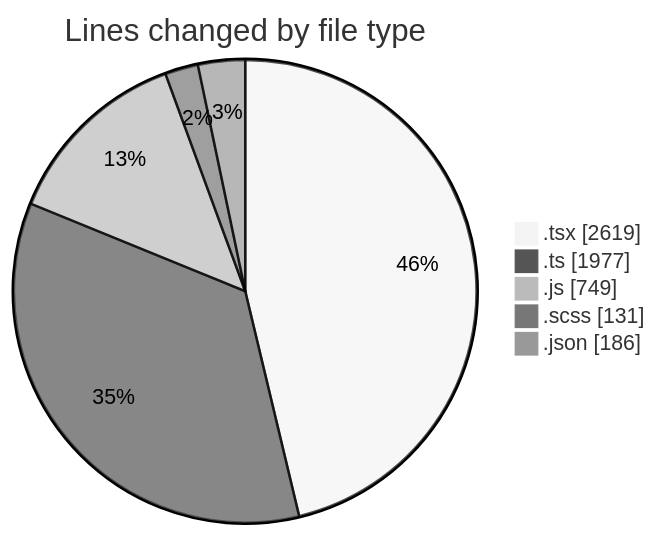
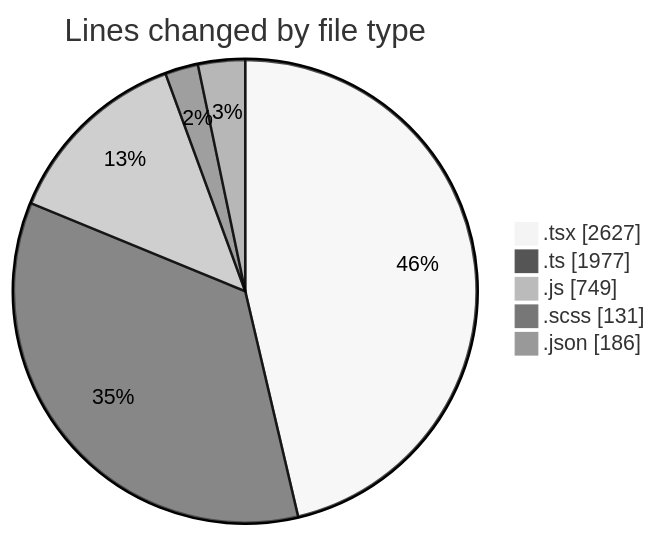
One commit to momahboobian/code-tracking changed the first of 2 diagrams in 2026-06-11/cda/README.md. Above: the diagram before and after it, drawn with Mermaid (neutral theme). The commit also changed other lines of this file and 1 other file, not shown here.

````diff
--- a/2026-06-11/cda/README.md
+++ b/2026-06-11/cda/README.md
@@ -54,9 +54,9 @@
 ```mermaid
 pie showData
 title Lines changed by file type
-".tsx" : 2619
+".tsx" : 2627
 ".ts" : 1977
 ".js" : 749
 ".scss" : 131
 ".json" : 186
 ```
````
